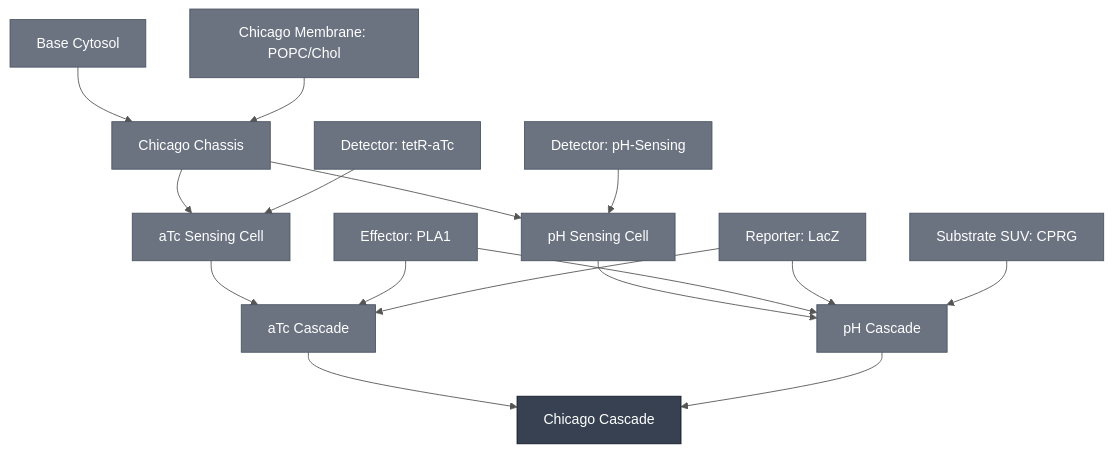
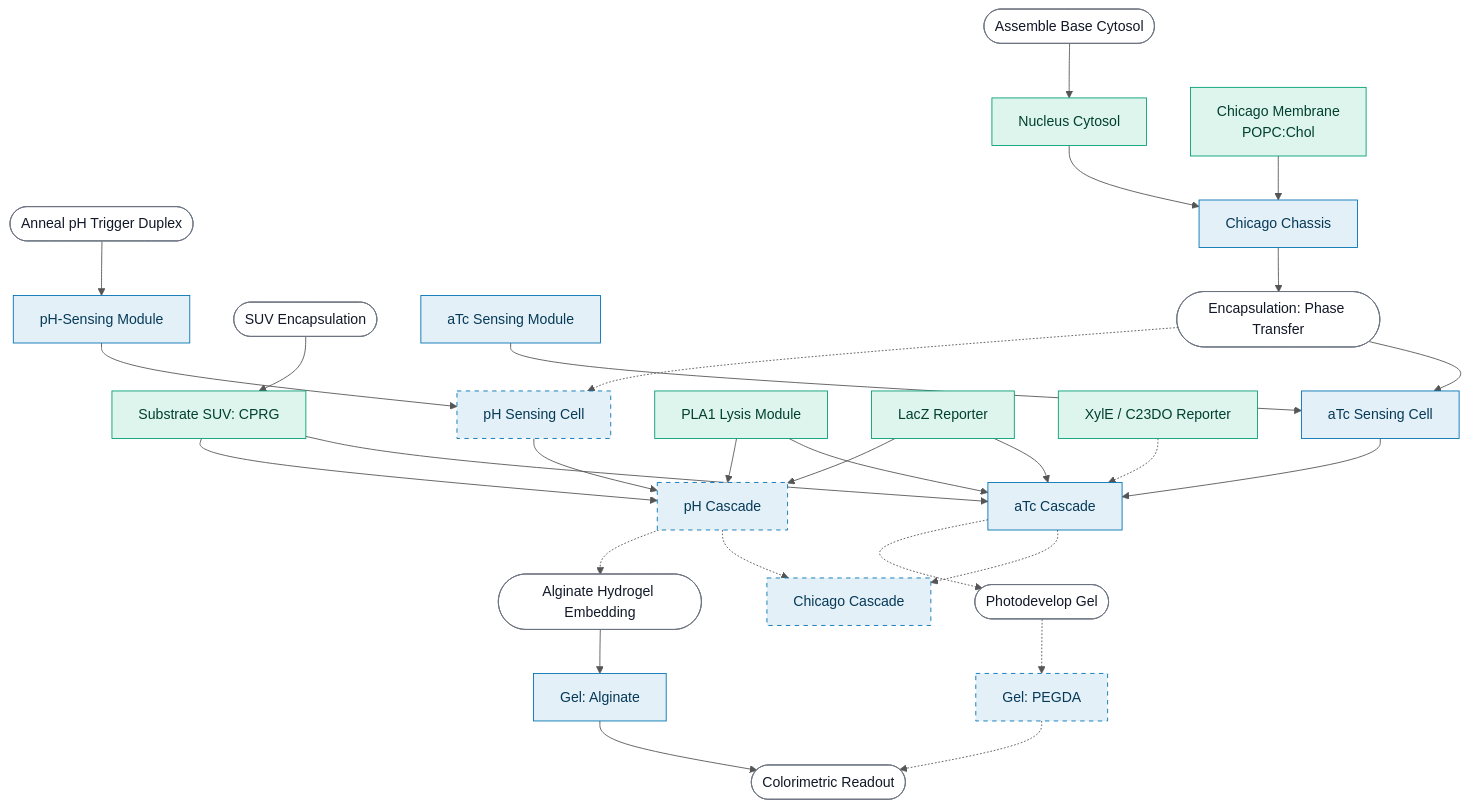
The diagram in devnotes/devstudio/assets/chicago-module-dependencies.md (nucleus-eng/nucleus-devnote-archive-1), drawn with Mermaid before and after one commit. The commit also changed 1 other file, not shown here.

Commit message:
Align pipeline and Chicago dependency diagrams in style and size

````diff
--- a/devnotes/devstudio/assets/chicago-module-dependencies.md
+++ b/devnotes/devstudio/assets/chicago-module-dependencies.md
@@ -3,38 +3,66 @@
 ```mermaid
 %%{init: {'theme': 'base', 'themeVariables': {'lineColor': '#555555', 'edgeLabelBackground': '#ffffff'}}}%%
 flowchart TD
-    ATC_CASCADE["aTc Cascade"]
-    ATC_SENSING_CELL["aTc Sensing Cell"]
-    BASE_CYTOSOL["Base Cytosol"]
-    CHICAGO_CASCADE["Chicago Cascade"]
-    CHICAGO_CHASSIS["Chicago Chassis"]
-    DETECTOR_PH["Detector: pH-Sensing"]
-    DETECTOR_TETR_ATC["Detector: tetR-aTc"]
-    EFFECTOR_PLA1["Effector: PLA1"]
-    MEMBRANE_POPC_CHOL_CHICAGO["Chicago Membrane: POPC/Chol"]
-    PH_CASCADE["pH Cascade"]
-    PH_SENSING_CELL["pH Sensing Cell"]
-    REPORTER_LACZ["Reporter: LacZ"]
-    SUBSTRATE_CPRG_SUV["Substrate SUV: CPRG"]
+    NC["Nucleus Cytosol"]
+    MPC["Chicago Membrane<br/>POPC:Chol"]
+    P_CYTOSOL(["Assemble Base Cytosol"])
+    P_ANNEAL(["Anneal pH Trigger Duplex"])
+    P_GUV(["Encapsulation: Phase Transfer"])
+    P_SUV(["SUV Encapsulation"])
+    P_ALG(["Alginate Hydrogel Embedding"])
+    P_PHOTO(["Photodevelop Gel"])
+    P_READ(["Colorimetric Readout"])
+    CHI["Chicago Chassis"]
+    ATC["aTc Sensing Module"]
+    PH["pH-Sensing Module"]
+    ATCV["aTc Sensing Cell"]
+    PHV["pH Sensing Cell"]
+    PLA1["PLA1 Lysis Module"]
+    LACZ["LacZ Reporter"]
+    XYLE["XylE / C23DO Reporter"]
+    SUV["Substrate SUV: CPRG"]
+    ATCCAS["aTc Cascade"]
+    PHCAS["pH Cascade"]
+    CHICAS["Chicago Cascade"]
+    G_ALG["Gel: Alginate"]
+    G_PEGDA["Gel: PEGDA"]
 
-    ATC_SENSING_CELL --> ATC_CASCADE
-    EFFECTOR_PLA1 --> ATC_CASCADE
-    REPORTER_LACZ --> ATC_CASCADE
-    CHICAGO_CHASSIS --> ATC_SENSING_CELL
-    DETECTOR_TETR_ATC --> ATC_SENSING_CELL
-    ATC_CASCADE --> CHICAGO_CASCADE
-    PH_CASCADE --> CHICAGO_CASCADE
-    BASE_CYTOSOL --> CHICAGO_CHASSIS
-    MEMBRANE_POPC_CHOL_CHICAGO --> CHICAGO_CHASSIS
-    PH_SENSING_CELL --> PH_CASCADE
-    EFFECTOR_PLA1 --> PH_CASCADE
-    REPORTER_LACZ --> PH_CASCADE
-    SUBSTRATE_CPRG_SUV --> PH_CASCADE
-    CHICAGO_CHASSIS --> PH_SENSING_CELL
-    DETECTOR_PH --> PH_SENSING_CELL
+    P_CYTOSOL --> NC
+    P_ANNEAL --> PH
+    P_SUV --> SUV
+    NC --> CHI
+    MPC --> CHI
+    CHI --> P_GUV
+    ATC --> ATCV
+    PH --> PHV
+    P_GUV --> ATCV
+    P_GUV -.-> PHV
+    ATCV --> ATCCAS
+    PLA1 --> ATCCAS
+    LACZ --> ATCCAS
+    SUV --> ATCCAS
+    XYLE -.-> ATCCAS
+    PHV --> PHCAS
+    PLA1 --> PHCAS
+    LACZ --> PHCAS
+    SUV --> PHCAS
+    ATCCAS -.-> CHICAS
+    PHCAS -.-> CHICAS
+    PHCAS -.-> P_ALG
+    ATCCAS -.-> P_PHOTO
+    P_ALG --> G_ALG
+    P_PHOTO -.-> G_PEGDA
+    G_ALG --> P_READ
+    G_PEGDA -.-> P_READ
 
-    classDef constituent fill:#6B7280,color:#ffffff,stroke:#4B5563;
-    classDef this fill:#374151,color:#ffffff,stroke:#111827;
-    class ATC_CASCADE,ATC_SENSING_CELL,BASE_CYTOSOL,CHICAGO_CHASSIS,DETECTOR_PH,DETECTOR_TETR_ATC,EFFECTOR_PLA1,MEMBRANE_POPC_CHOL_CHICAGO,PH_CASCADE,PH_SENSING_CELL,REPORTER_LACZ,SUBSTRATE_CPRG_SUV constituent;
-    class CHICAGO_CASCADE this;
+    classDef chicago fill:#e3f0f8,stroke:#0072B2,color:#063a57;
+    classDef shared fill:#def5ee,stroke:#009E73,color:#00402e;
+    classDef process fill:#ffffff,stroke:#6b7280,color:#111827;
+    class NC,MPC,PLA1,LACZ,XYLE,SUV shared;
+    class CHI,ATC,PH,ATCV,PHV,ATCCAS,PHCAS,CHICAS,G_ALG,G_PEGDA chicago;
+    class P_CYTOSOL,P_ANNEAL,P_GUV,P_SUV,P_ALG,P_PHOTO,P_READ process;
+    style PHV stroke-dasharray: 5 5
+    style PHCAS stroke-dasharray: 5 5
+    style CHICAS stroke-dasharray: 5 5
+    style G_PEGDA stroke-dasharray: 5 5
 ```
````
